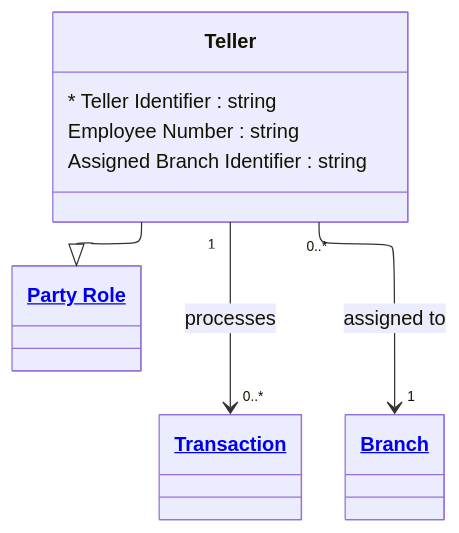
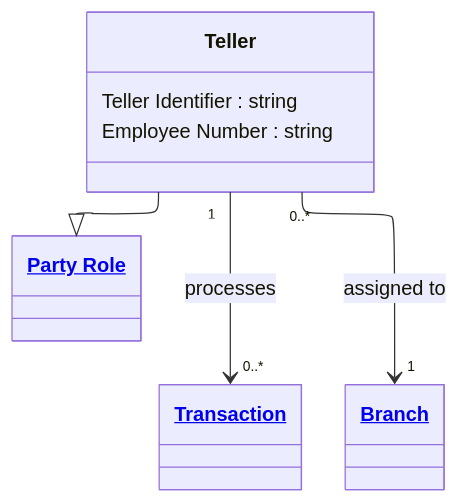
Before and after one commit to Semprini/md-ddl: the diagram in examples/Financial Crime/entities/teller.md, drawn with Mermaid. The commit also changed other lines of this file and 40 other files, not shown here.

````diff
--- a/examples/Financial Crime/entities/teller.md
+++ b/examples/Financial Crime/entities/teller.md
@@ -9,20 +9,19 @@
 ```mermaid
 ---
 config:
   layout: elk
 ---
 classDiagram
   class Teller{
-    * Teller Identifier : string
+    Teller Identifier : string
     Employee Number : string
-    Assigned Branch Identifier : string
   }
 
   Teller --|> PartyRole
   Teller "1" --> "0..*" Transaction : processes
   Teller "0..*" --> "1" Branch : assigned to
 
   class PartyRole["<a href='https://github.com/Semprini/md-ddl/blob/main/examples/Financial%20Crime/entities/party_role.md'>Party Role</a>"]
   class Transaction["<a href='https://github.com/Semprini/md-ddl/blob/main/examples/Financial%20Crime/entities/transaction.md'>Transaction</a>"]
   class Branch["<a href='https://github.com/Semprini/md-ddl/blob/main/examples/Financial%20Crime/entities/branch.md'>Branch</a>"]
 ```
````
